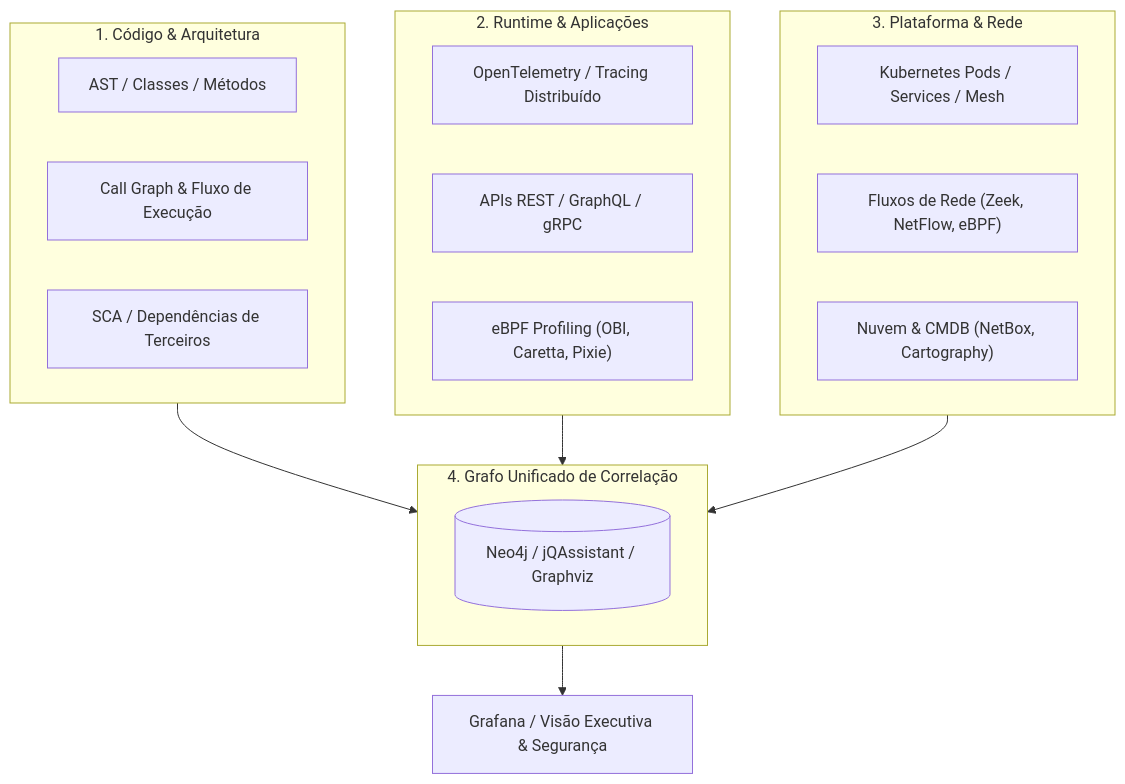
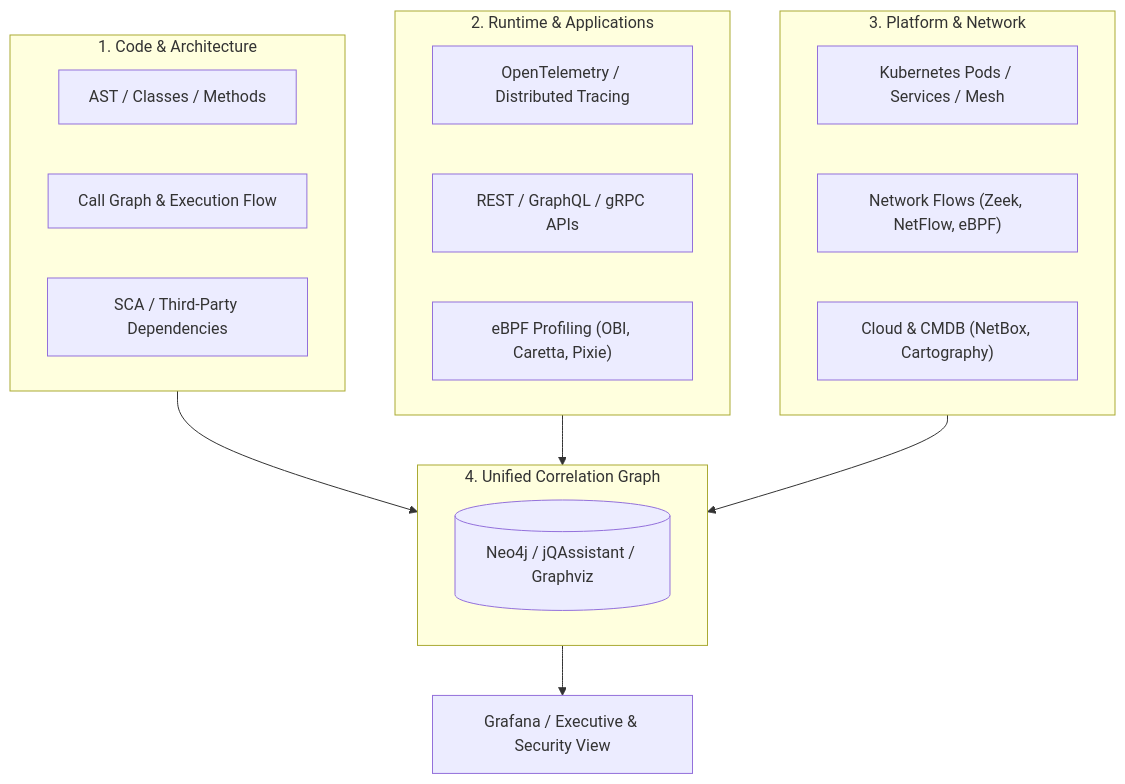
Before and after one commit to dandgabr/Coacus: the diagram in knowledge/skills/roles/code-mapping-specialist/SKILL.md, drawn with Mermaid. The commit also changed 143 other files, not shown here.

````diff
--- a/knowledge/skills/roles/code-mapping-specialist/SKILL.md
+++ b/knowledge/skills/roles/code-mapping-specialist/SKILL.md
@@ -16,29 +16,29 @@
 ```mermaid
 flowchart TD
-    subgraph Codigo["1. Código & Arquitetura"]
-        C1["AST / Classes / Métodos"]
-        C2["Call Graph & Fluxo de Execução"]
-        C3["SCA / Dependências de Terceiros"]
+    subgraph Code["1. Code & Architecture"]
+        C1["AST / Classes / Methods"]
+        C2["Call Graph & Execution Flow"]
+        C3["SCA / Third-Party Dependencies"]
     end
 
-    subgraph Runtime["2. Runtime & Aplicações"]
-        R1["OpenTelemetry / Tracing Distribuído"]
-        R2["APIs REST / GraphQL / gRPC"]
+    subgraph Runtime["2. Runtime & Applications"]
+        R1["OpenTelemetry / Distributed Tracing"]
+        R2["REST / GraphQL / gRPC APIs"]
         R3["eBPF Profiling (OBI, Caretta, Pixie)"]
     end
 
-    subgraph Infra["3. Plataforma & Rede"]
+    subgraph Infra["3. Platform & Network"]
         I1["Kubernetes Pods / Services / Mesh"]
-        I2["Fluxos de Rede (Zeek, NetFlow, eBPF)"]
-        I3["Nuvem & CMDB (NetBox, Cartography)"]
+        I2["Network Flows (Zeek, NetFlow, eBPF)"]
+        I3["Cloud & CMDB (NetBox, Cartography)"]
     end
 
-    subgraph Grafo["4. Grafo Unificado de Correlação"]
+    subgraph Graph["4. Unified Correlation Graph"]
         G1[("Neo4j / jQAssistant / Graphviz")]
     end
 
-    Codigo --> Grafo
-    Runtime --> Grafo
-    Infra --> Grafo
-    Grafo --> Dashboard["Grafana / Visão Executiva & Segurança"]
+    Code --> Graph
+    Runtime --> Graph
+    Infra --> Graph
+    Graph --> Dashboard["Grafana / Executive & Security View"]
 ```
````
